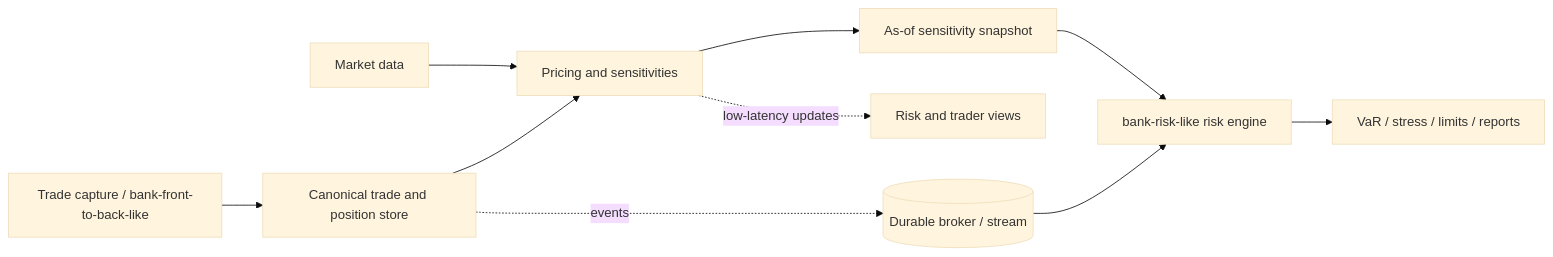
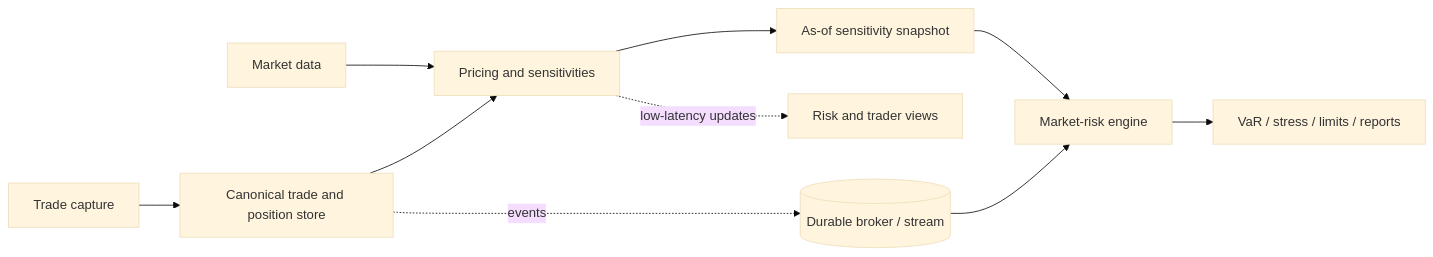
One commit to moenn1/riskengine changed the diagram in docs/13-bank-risk-architecture-queues-and-security.md. Above: the diagram before and after it, drawn with Mermaid (base theme). The commit also changed other lines of this file and 12 other files, not shown here.

````diff
--- a/docs/13-bank-risk-architecture-queues-and-security.md
+++ b/docs/13-bank-risk-architecture-queues-and-security.md
@@ -20,12 +16,12 @@
 ```mermaid
 flowchart LR
-  T[Trade capture / bank-front-to-back-like] --> C[Canonical trade and position store]
+  T[Trade capture] --> C[Canonical trade and position store]
   M[Market data] --> P[Pricing and sensitivities]
   C --> P
   P --> S[As-of sensitivity snapshot]
-  S --> R[bank-risk-like risk engine]
+  S --> R[Market-risk engine]
   R --> V[VaR / stress / limits / reports]
   P -. low-latency updates .-> UI[Risk and trader views]
   C -. events .-> Q[(Durable broker / stream)]
   Q --> R
 ```
````
